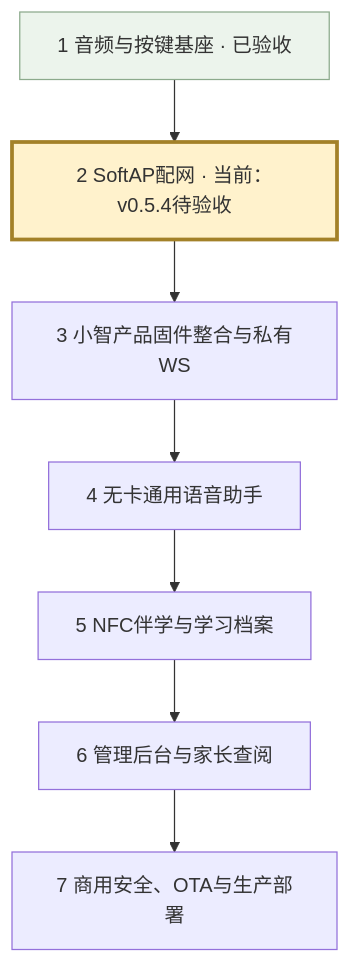
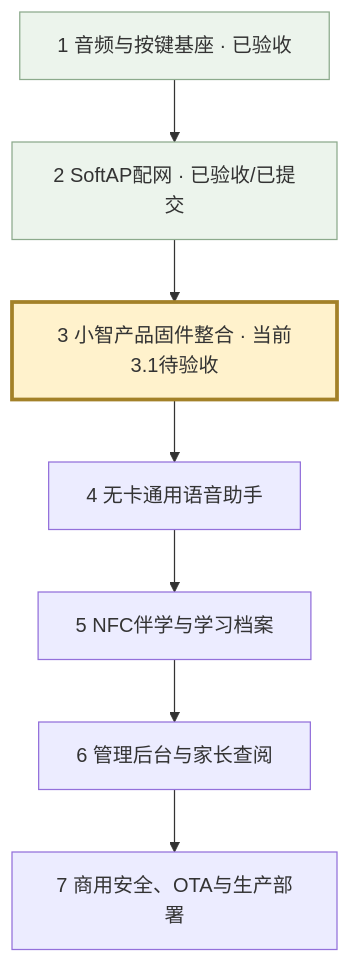
One commit to helper15901590/stubuddy changed the diagram in stubuddy/firmware/speaker-selftest/DEVELOPMENT-ROADMAP.md. Above: the diagram before and after it, drawn with Mermaid. The commit also changed other lines of this file and 21 other files, not shown here.

````diff
--- a/stubuddy/firmware/speaker-selftest/DEVELOPMENT-ROADMAP.md
+++ b/stubuddy/firmware/speaker-selftest/DEVELOPMENT-ROADMAP.md
@@ -7,11 +7,12 @@
 ```mermaid
 flowchart TB
-  A["1 音频与按键基座 · 已验收"] --> B["2 SoftAP配网 · 当前：v0.5.4待验收"]
-  B --> C["3 小智产品固件整合与私有WS"]
+  A["1 音频与按键基座 · 已验收"] --> B["2 SoftAP配网 · 已验收/已提交"]
+  B --> C["3 小智产品固件整合 · 当前3.1待验收"]
   C --> D["4 无卡通用语音助手"]
   D --> E["5 NFC伴学与学习档案"]
   E --> F["6 管理后台与家长查阅"]
   F --> G["7 商用安全、OTA与生产部署"]
   style A fill:#ecf4ec,stroke:#8caa8c
-  style B fill:#fff2cc,stroke:#a38128,stroke-width:3px
+  style B fill:#ecf4ec,stroke:#8caa8c
+  style C fill:#fff2cc,stroke:#a38128,stroke-width:3px
 ```
````
